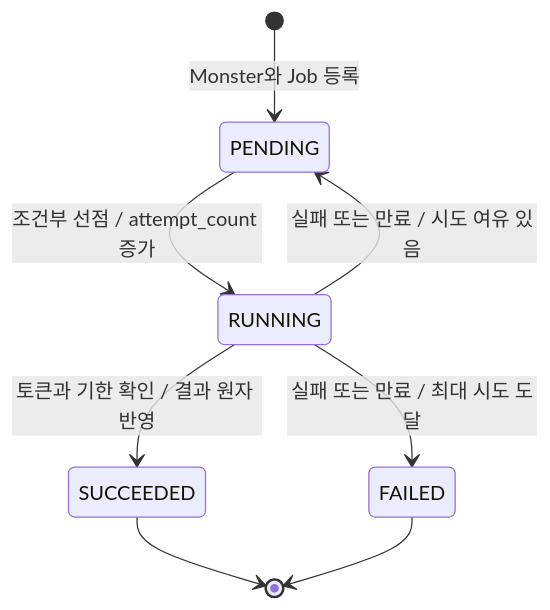
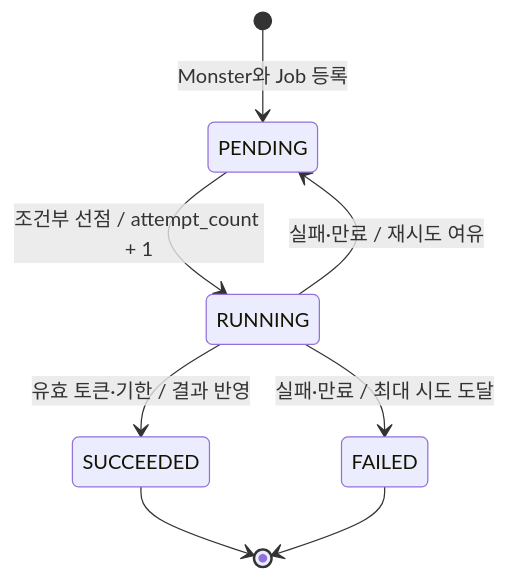
The second of 3 diagrams in technical-writing/04-reliability-hardening/README.md (kangrae-jo/woowa-archive), drawn with Mermaid before and after one commit. The commit also changed other lines of this file and 4 other files, not shown here.

````diff
--- a/technical-writing/04-reliability-hardening/README.md
+++ b/technical-writing/04-reliability-hardening/README.md
@@ -23,10 +52,10 @@
 ```mermaid
 stateDiagram-v2
     [*] --> PENDING: Monster와 Job 등록
-    PENDING --> RUNNING: 조건부 선점 / attempt_count 증가
-    RUNNING --> SUCCEEDED: 토큰과 기한 확인 / 결과 원자 반영
-    RUNNING --> PENDING: 실패 또는 만료 / 시도 여유 있음
-    RUNNING --> FAILED: 실패 또는 만료 / 최대 시도 도달
+    PENDING --> RUNNING: 조건부 선점 / attempt_count + 1
+    RUNNING --> SUCCEEDED: 유효 토큰·기한 / 결과 반영
+    RUNNING --> PENDING: 실패·만료 / 재시도 여유
+    RUNNING --> FAILED: 실패·만료 / 최대 시도 도달
     SUCCEEDED --> [*]
     FAILED --> [*]
 ```
````
